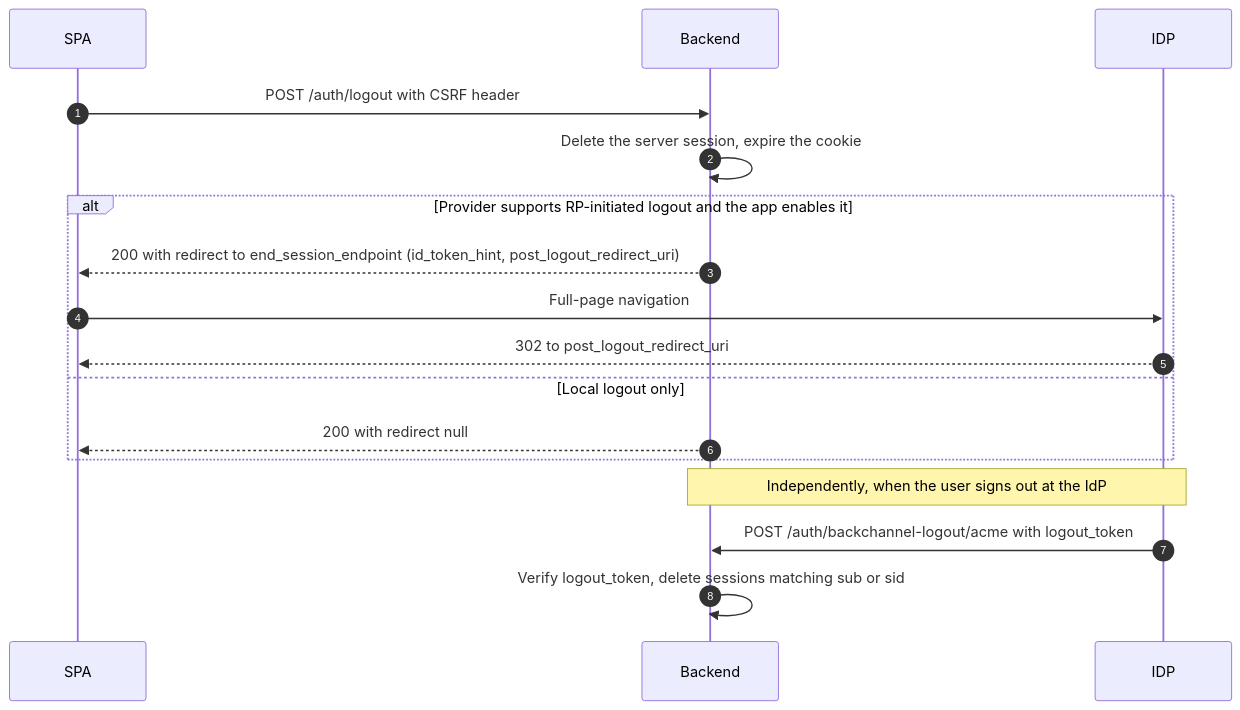
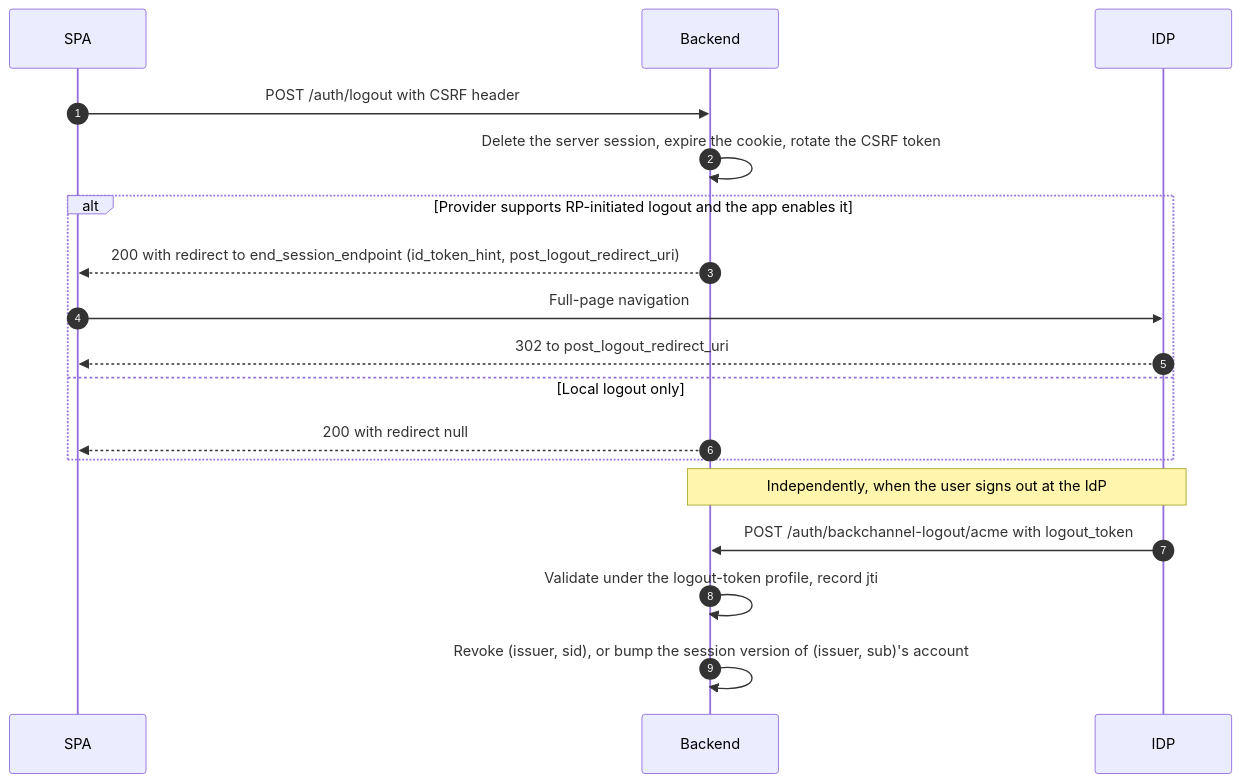
One commit to rn-forge/pykit changed the ninth of 12 diagrams in docs/specs/epics/E13-auth/design.md. Above: the diagram before and after it, drawn with Mermaid. The commit also changed other lines of this file and 9 other files, not shown here.

````diff
--- a/docs/specs/epics/E13-auth/design.md
+++ b/docs/specs/epics/E13-auth/design.md
@@ -575,19 +654,20 @@
 ```mermaid
 sequenceDiagram
   autonumber
   participant SPA
   participant BE as Backend
   participant IDP
   SPA->>BE: POST /auth/logout with CSRF header
-  BE->>BE: Delete the server session, expire the cookie
+  BE->>BE: Delete the server session, expire the cookie, rotate the CSRF token
   alt Provider supports RP-initiated logout and the app enables it
     BE-->>SPA: 200 with redirect to end_session_endpoint (id_token_hint, post_logout_redirect_uri)
     SPA->>IDP: Full-page navigation
     IDP-->>SPA: 302 to post_logout_redirect_uri
   else Local logout only
     BE-->>SPA: 200 with redirect null
   end
   Note over IDP,BE: Independently, when the user signs out at the IdP
   IDP->>BE: POST /auth/backchannel-logout/acme with logout_token
-  BE->>BE: Verify logout_token, delete sessions matching sub or sid
+  BE->>BE: Validate under the logout-token profile, record jti
+  BE->>BE: Revoke (issuer, sid), or bump the session version of (issuer, sub)'s account
 ```
````
